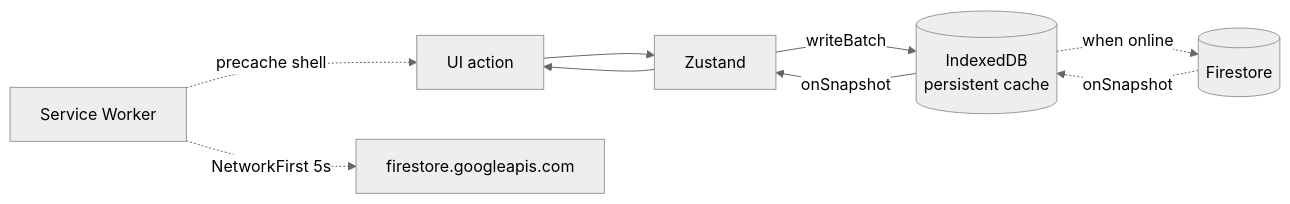
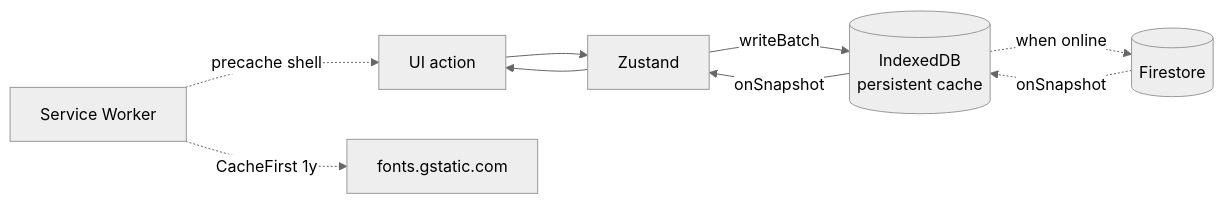
Before and after one commit to kalmux1/Kalcy: the seventh of 10 diagrams in README.md, drawn with Mermaid (neutral theme). The commit also changed other lines of this file and 1 other file, not shown here.

````diff
--- a/README.md
+++ b/README.md
@@ -622,12 +728,12 @@
 ```mermaid
 flowchart LR
     UI[UI action] --> Store[Zustand]
     Store -->|writeBatch| Cache[(IndexedDB<br/>persistent cache)]
     Cache -.->|when online| FS[(Firestore)]
     FS -.->|onSnapshot| Cache
     Cache -->|onSnapshot| Store
     Store --> UI
 
     SW[Service Worker] -.->|precache shell| UI
-    SW -.->|NetworkFirst 5s| FSAPI[firestore.googleapis.com]
+    SW -.->|CacheFirst 1y| Fonts[fonts.gstatic.com]
 ```
````
